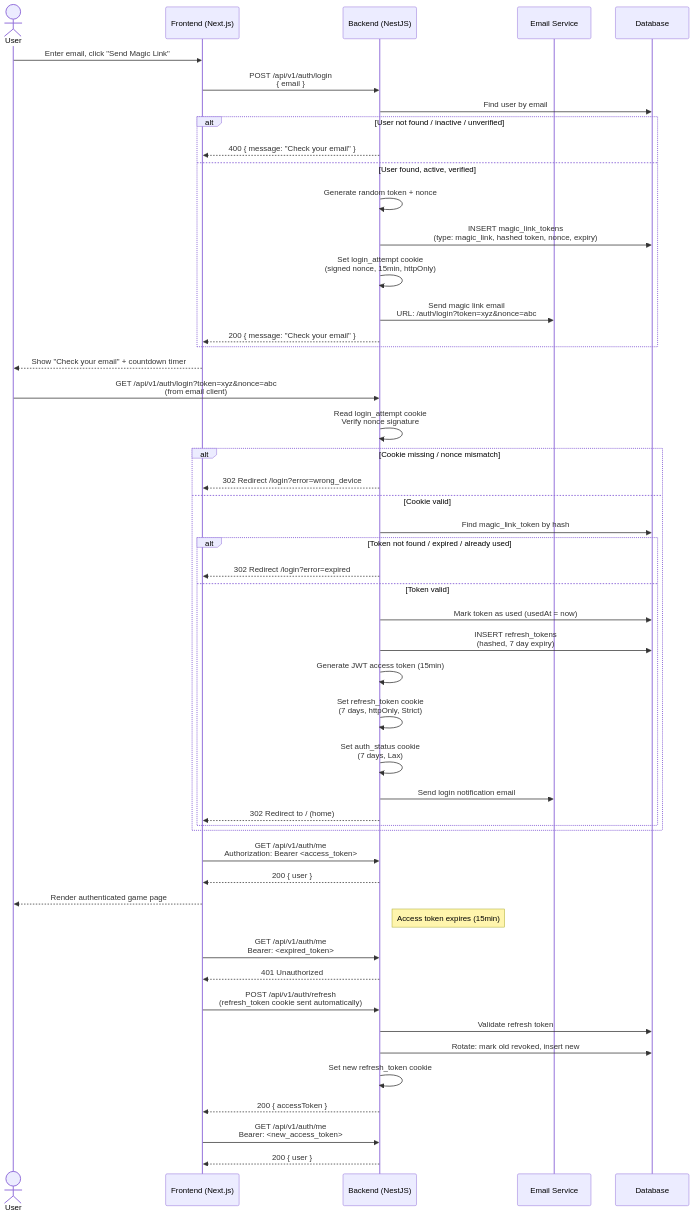
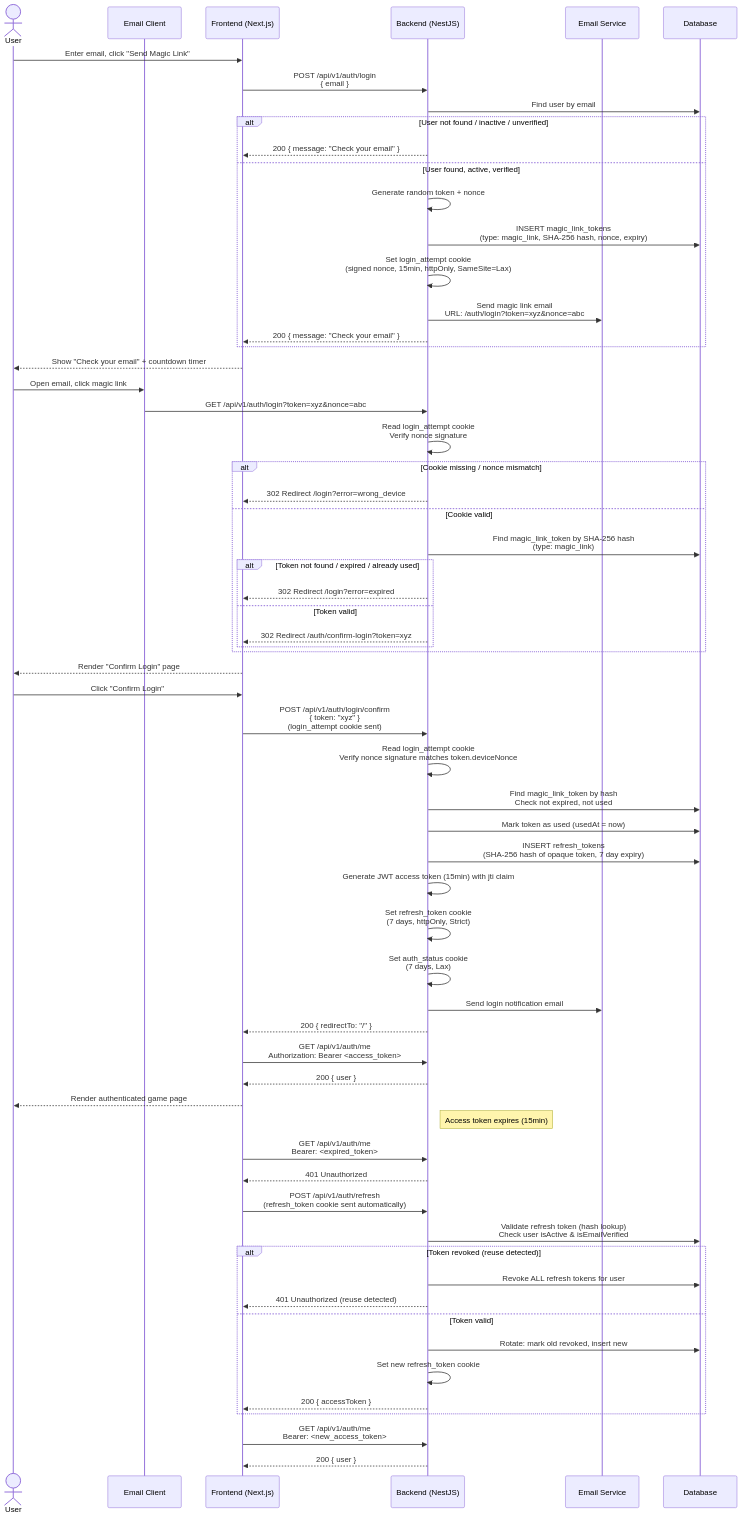
One commit to Labs-de-Games/guardiao-da-cultura changed the first of 5 diagrams in authentication-authorization-implementation-plan.md. Above: the diagram before and after it, drawn with Mermaid. The commit also changed other lines of this file, not shown here.

Commit message:
docs(auth): revise implementation plan with security fixes and architectural corrections

````diff
--- a/authentication-authorization-implementation-plan.md
+++ b/authentication-authorization-implementation-plan.md
@@ -73,62 +87,77 @@
 ```mermaid
 sequenceDiagram
     actor U as User
+    participant M as Email Client
     participant F as Frontend (Next.js)
     participant B as Backend (NestJS)
     participant E as Email Service
     participant DB as Database
 
     U->>F: Enter email, click "Send Magic Link"
     F->>B: POST /api/v1/auth/login<br/>{ email }
 
     B->>DB: Find user by email
     alt User not found / inactive / unverified
-        B-->>F: 400 { message: "Check your email" }
+        B-->>F: 200 { message: "Check your email" }
     else User found, active, verified
         B->>B: Generate random token + nonce
-        B->>DB: INSERT magic_link_tokens<br/>(type: magic_link, hashed token, nonce, expiry)
-        B->>B: Set login_attempt cookie<br/>(signed nonce, 15min, httpOnly)
+        B->>DB: INSERT magic_link_tokens<br/>(type: magic_link, SHA-256 hash, nonce, expiry)
+        B->>B: Set login_attempt cookie<br/>(signed nonce, 15min, httpOnly, SameSite=Lax)
         B->>E: Send magic link email<br/>URL: /auth/login?token=xyz&nonce=abc
         B-->>F: 200 { message: "Check your email" }
     end
 
     F-->>U: Show "Check your email" + countdown timer
 
-    U->>B: GET /api/v1/auth/login?token=xyz&nonce=abc<br/>(from email client)
+    U->>M: Open email, click magic link
+    M->>B: GET /api/v1/auth/login?token=xyz&nonce=abc
 
     B->>B: Read login_attempt cookie<br/>Verify nonce signature
     alt Cookie missing / nonce mismatch
         B-->>F: 302 Redirect /login?error=wrong_device
     else Cookie valid
-        B->>DB: Find magic_link_token by hash
+        B->>DB: Find magic_link_token by SHA-256 hash<br/>(type: magic_link)
         alt Token not found / expired / already used
             B-->>F: 302 Redirect /login?error=expired
         else Token valid
-            B->>DB: Mark token as used (usedAt = now)
-            B->>DB: INSERT refresh_tokens<br/>(hashed, 7 day expiry)
-            B->>B: Generate JWT access token (15min)
-            B->>B: Set refresh_token cookie<br/>(7 days, httpOnly, Strict)
-            B->>B: Set auth_status cookie<br/>(7 days, Lax)
-            B->>E: Send login notification email
-            B-->>F: 302 Redirect to / (home)
+            B-->>F: 302 Redirect /auth/confirm-login?token=xyz
         end
     end
+
+    F-->>U: Render "Confirm Login" page
+    U->>F: Click "Confirm Login"
+    F->>B: POST /api/v1/auth/login/confirm<br/>{ token: "xyz" }<br/>(login_attempt cookie sent)
+
+    B->>B: Read login_attempt cookie<br/>Verify nonce signature matches token.deviceNonce
+    B->>DB: Find magic_link_token by hash<br/>Check not expired, not used
+    B->>DB: Mark token as used (usedAt = now)
+    B->>DB: INSERT refresh_tokens<br/>(SHA-256 hash of opaque token, 7 day expiry)
+    B->>B: Generate JWT access token (15min) with jti claim
+    B->>B: Set refresh_token cookie<br/>(7 days, httpOnly, Strict)
+    B->>B: Set auth_status cookie<br/>(7 days, Lax)
+    B->>E: Send login notification email
+    B-->>F: 200 { redirectTo: "/" }
 
     F->>B: GET /api/v1/auth/me<br/>Authorization: Bearer <access_token>
     B-->>F: 200 { user }
 
     F-->>U: Render authenticated game page
 
     Note right of B: Access token expires (15min)
     F->>B: GET /api/v1/auth/me<br/>Bearer: <expired_token>
     B-->>F: 401 Unauthorized
 
     F->>B: POST /api/v1/auth/refresh<br/>(refresh_token cookie sent automatically)
-    B->>DB: Validate refresh token
-    B->>DB: Rotate: mark old revoked, insert new
-    B->>B: Set new refresh_token cookie
-    B-->>F: 200 { accessToken }
+    B->>DB: Validate refresh token (hash lookup)<br/>Check user isActive & isEmailVerified
+    alt Token revoked (reuse detected)
+        B->>DB: Revoke ALL refresh tokens for user
+        B-->>F: 401 Unauthorized (reuse detected)
+    else Token valid
+        B->>DB: Rotate: mark old revoked, insert new
+        B->>B: Set new refresh_token cookie
+        B-->>F: 200 { accessToken }
+    end
 
     F->>B: GET /api/v1/auth/me<br/>Bearer: <new_access_token>
     B-->>F: 200 { user }
 ```
````
